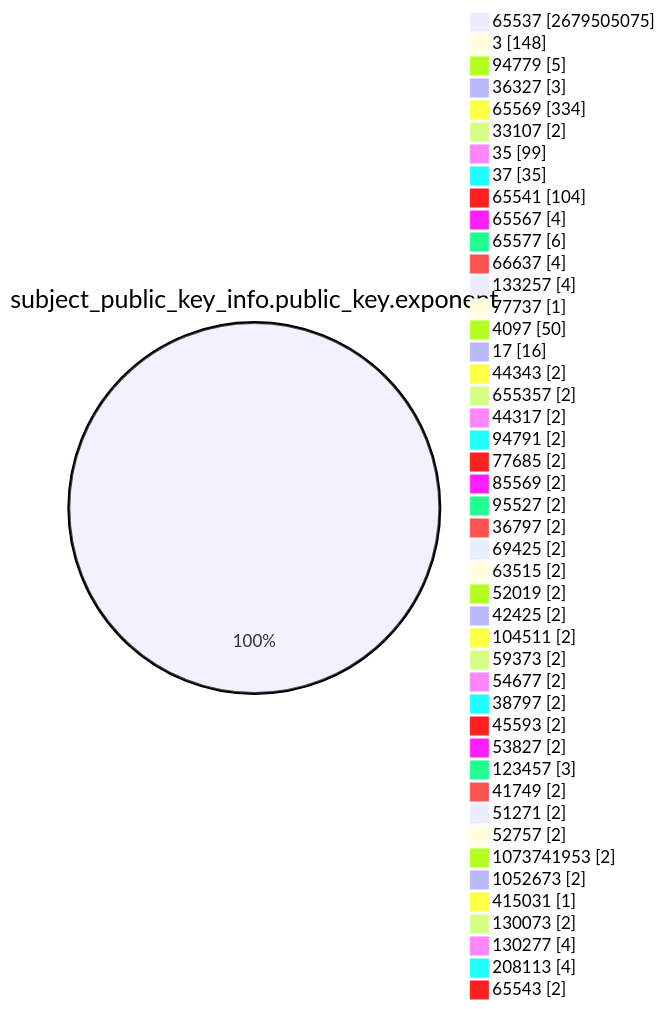
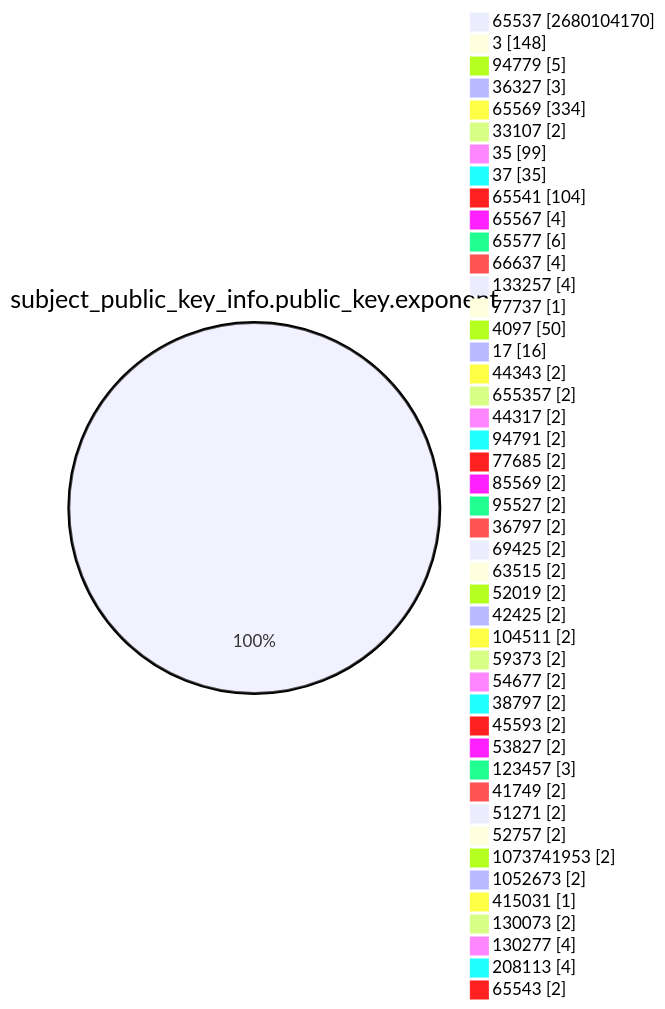
Before and after one commit to christiankrug/ctmonitor_visualization: the fourth of 15 diagrams in TOTAL/README.md, drawn with Mermaid. The commit also changed other lines of this file, not shown here.

````diff
--- a/TOTAL/README.md
+++ b/TOTAL/README.md
@@ -1466,49 +1466,49 @@
 ```mermaid
 pie showData
 title subject_public_key_info.public_key.exponent
-"65537" :2679505075
+"65537" :2680104170
 "3" :148
 "94779" :5
 "36327" :3
 "65569" :334
 "33107" :2
 "35" :99
 "37" :35
 "65541" :104
 "65567" :4
 "65577" :6
 "66637" :4
 "133257" :4
 "77737" :1
 "4097" :50
 "17" :16
 "44343" :2
 "655357" :2
 "44317" :2
 "94791" :2
 "77685" :2
 "85569" :2
 "95527" :2
 "36797" :2
 "69425" :2
 "63515" :2
 "52019" :2
 "42425" :2
 "104511" :2
 "59373" :2
 "54677" :2
 "38797" :2
 "45593" :2
 "53827" :2
 "123457" :3
 "41749" :2
 "51271" :2
 "52757" :2
 "1073741953" :2
 "1052673" :2
 "415031" :1
 "130073" :2
 "130277" :4
 "208113" :4
 "65543" :2
 ```
````
